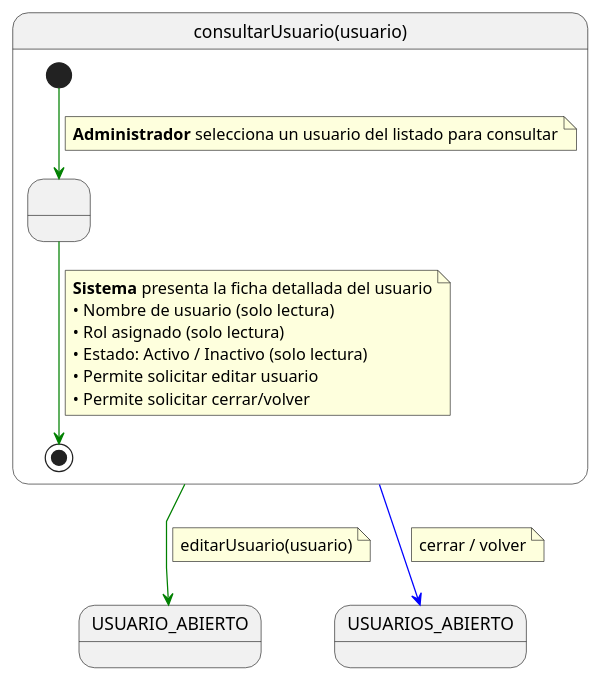
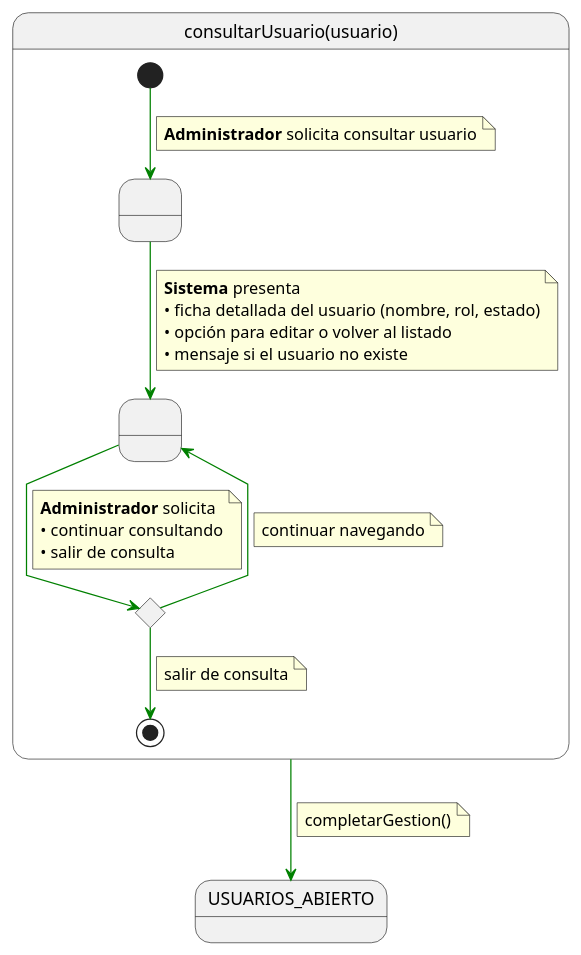
The diagram in UML/00-requisitos/01-actores-casosDeUso/01-casosDeUso/Administrador/consultarUsuario.puml (aeRomeroz/pyTicketing), drawn with PlantUML before and after one commit. The commit also changed 16 other files, not shown here.

Commit message:
refactor(uml): cambiar lineas de cancelacion a azul y aplicar completarGestion()

```diff
--- a/UML/00-requisitos/01-actores-casosDeUso/01-casosDeUso/Administrador/consultarUsuario.puml
+++ b/UML/00-requisitos/01-actores-casosDeUso/01-casosDeUso/Administrador/consultarUsuario.puml
@@ -1,35 +1,47 @@
 @startuml CU08_ConsultarUsuario
 
 skinparam linetype polyline
 
 state consultarUsuario as "consultarUsuario(usuario)" {
 
-    state " " as PresentandoDetalle
+    state " " as RequiringConsultation
+    state " " as ProvidingDetails
+    state c <<choice>>
 
-    [*] -[#green]-> PresentandoDetalle
+    [*] -[#green]-> RequiringConsultation
     note on link
-    <b>Administrador</b> selecciona un usuario del listado para consultar
+    <b>Administrador</b> solicita consultar usuario
     end note
-    
-    PresentandoDetalle -[#green]-> [*]
+
+    RequiringConsultation -[#green]-> ProvidingDetails
     note on link
-    <b>Sistema</b> presenta la ficha detallada del usuario
-    • Nombre de usuario (solo lectura)
-    • Rol asignado (solo lectura)
-    • Estado: Activo / Inactivo (solo lectura)
-    • Permite solicitar editar usuario
-    • Permite solicitar cerrar/volver
+    <b>Sistema</b> presenta
+    • ficha detallada del usuario (nombre, rol, estado)
+    • opción para editar o volver al listado
+    • mensaje si el usuario no existe
+    end note
+
+    ProvidingDetails -[#green]-> c
+    note on link
+    <b>Administrador</b> solicita
+    • continuar consultando
+    • salir de consulta
+    end note
+
+    c -[#green]-> ProvidingDetails
+    note on link
+    continuar navegando
+    end note
+
+    c -[#green]-> [*]
+    note on link
+    salir de consulta
     end note
 }
 
-consultarUsuario -[#green]-> USUARIO_ABIERTO
+consultarUsuario -[#green]-> USUARIOS_ABIERTO
 note on link
-editarUsuario(usuario)
-end note
-
-consultarUsuario -[#blue]-> USUARIOS_ABIERTO
-note on link
-cerrar / volver
+completarGestion()
 end note
 
 @enduml
```
